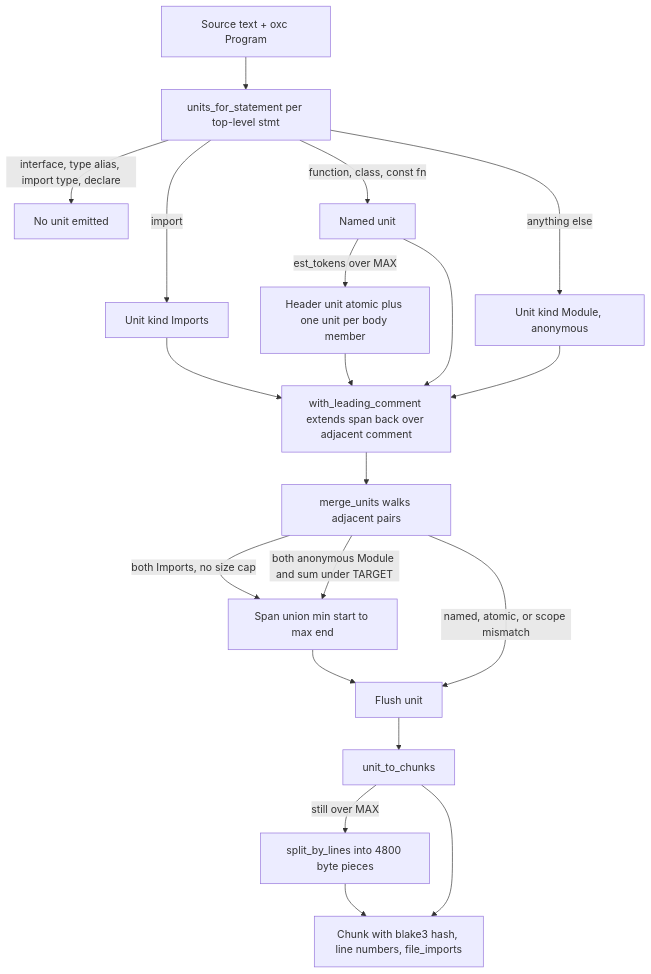
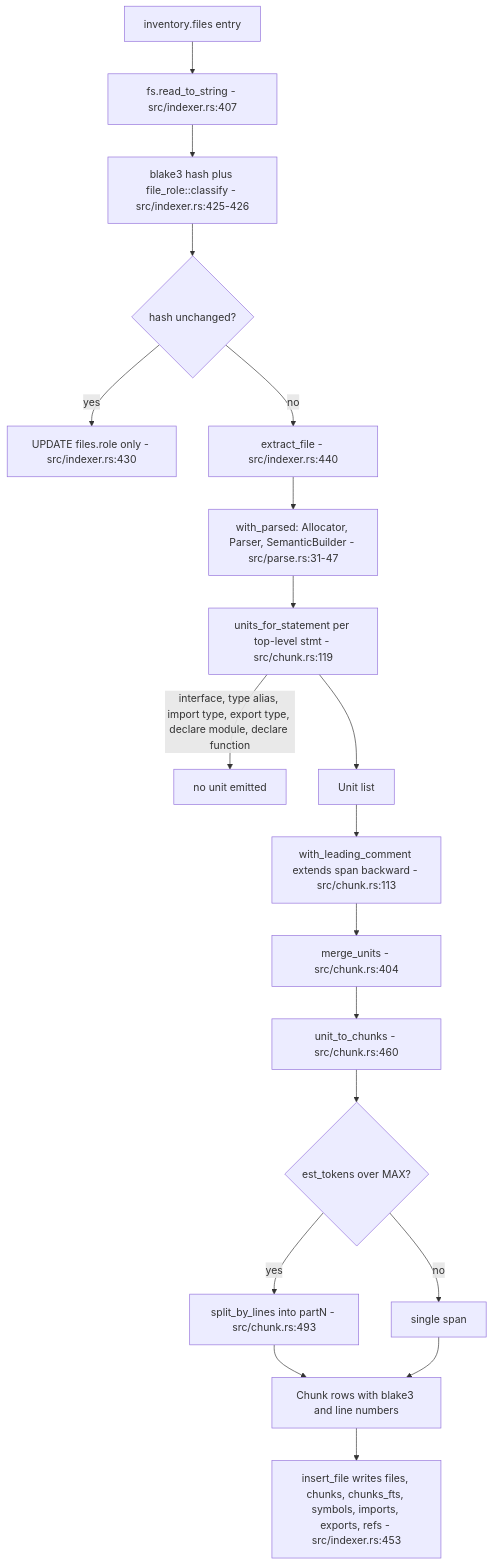
The first of 2 diagrams in docs/codebase-analysis/02-ingestion.md (iantocristian/jscout), drawn with Mermaid before and after one commit. The commit also changed other lines of this file and 28 other files, not shown here.

````diff
--- a/docs/codebase-analysis/02-ingestion.md
+++ b/docs/codebase-analysis/02-ingestion.md
@@ -30,22 +45,21 @@
 ```mermaid
 flowchart TD
-  SRC["Source text + oxc Program"] --> US["units_for_statement per top-level stmt"]
-  US -->|"interface, type alias, import type, declare"| ERASE["No unit emitted"]
-  US -->|"import"| UI["Unit kind Imports"]
-  US -->|"function, class, const fn"| UN["Named unit"]
-  US -->|"anything else"| UM["Unit kind Module, anonymous"]
-  UN -->|"est_tokens over MAX"| SPLIT["Header unit atomic plus one unit per body member"]
-  UI --> LC["with_leading_comment extends span back over adjacent comment"]
-  UN --> LC
-  UM --> LC
-  SPLIT --> LC
-  LC --> MERGE["merge_units walks adjacent pairs"]
-  MERGE -->|"both Imports, no size cap"| GLUE["Span union min start to max end"]
-  MERGE -->|"both anonymous Module and sum under TARGET"| GLUE
-  MERGE -->|"named, atomic, or scope mismatch"| FLUSH["Flush unit"]
-  GLUE --> FLUSH
-  FLUSH --> U2C["unit_to_chunks"]
-  U2C -->|"still over MAX"| SBL["split_by_lines into 4800 byte pieces"]
-  U2C --> CH["Chunk with blake3 hash, line numbers, file_imports"]
-  SBL --> CH
+  INV["inventory.files entry"] --> READ["fs.read_to_string - src/indexer.rs:407"]
+  READ --> HASH["blake3 hash plus file_role::classify - src/indexer.rs:425-426"]
+  HASH --> SAME{"hash unchanged?"}
+  SAME -->|"yes"| ROLEUP["UPDATE files.role only - src/indexer.rs:430"]
+  SAME -->|"no"| EXTRACT["extract_file - src/indexer.rs:440"]
+  EXTRACT --> ARENA["with_parsed: Allocator, Parser, SemanticBuilder - src/parse.rs:31-47"]
+  ARENA --> STMT["units_for_statement per top-level stmt - src/chunk.rs:119"]
+  STMT -->|"interface, type alias, import type, export type, declare module, declare function"| ERASED["no unit emitted"]
+  STMT --> UNITS["Unit list"]
+  UNITS --> COMMENT["with_leading_comment extends span backward - src/chunk.rs:113"]
+  COMMENT --> MERGE["merge_units - src/chunk.rs:404"]
+  MERGE --> U2C["unit_to_chunks - src/chunk.rs:460"]
+  U2C --> OVER{"est_tokens over MAX?"}
+  OVER -->|"yes"| SPLIT["split_by_lines into partN - src/chunk.rs:493"]
+  OVER -->|"no"| ONE["single span"]
+  SPLIT --> ROWS["Chunk rows with blake3 and line numbers"]
+  ONE --> ROWS
+  ROWS --> INSERT["insert_file writes files, chunks, chunks_fts, symbols, imports, exports, refs - src/indexer.rs:453"]
 ```
````
